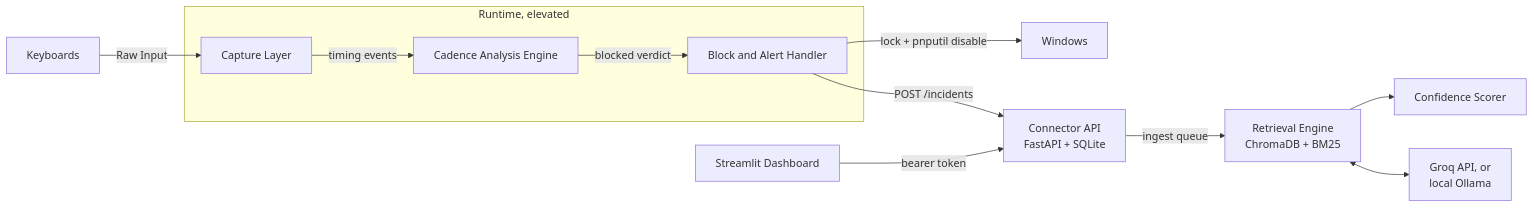
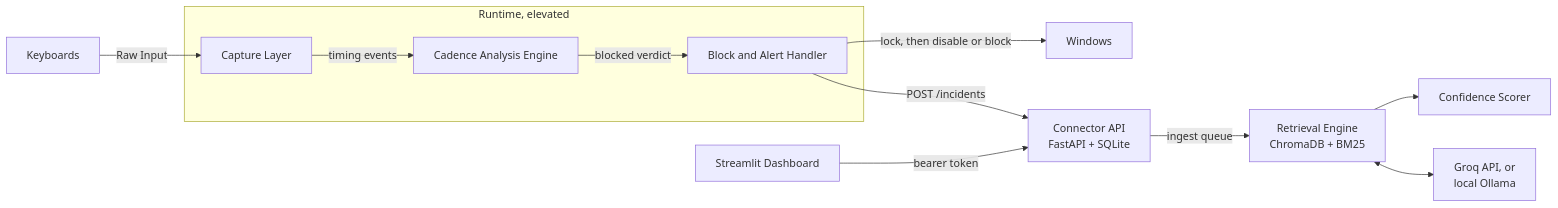
One commit to PR0XCITY/Continuum changed the diagram in README.md. Above: the diagram before and after it, drawn with Mermaid. The commit also changed other lines of this file, not shown here.

````diff
--- a/README.md
+++ b/README.md
@@ -31,14 +33,14 @@
 ```mermaid
 flowchart LR
     KB[Keyboards] -->|Raw Input| CAP[Capture Layer]
     subgraph RT[Runtime, elevated]
         CAP -->|timing events| CAE[Cadence Analysis Engine]
         CAE -->|blocked verdict| BAH[Block and Alert Handler]
     end
-    BAH -->|lock + pnputil disable| WIN[Windows]
+    BAH -->|lock, then disable or block| WIN[Windows]
     BAH -->|POST /incidents| API[Connector API<br/>FastAPI + SQLite]
     API -->|ingest queue| RAG[Retrieval Engine<br/>ChromaDB + BM25]
     RAG --> CS[Confidence Scorer]
     RAG <--> LLM[Groq API, or<br/>local Ollama]
     DASH[Streamlit Dashboard] -->|bearer token| API
 ```
````
